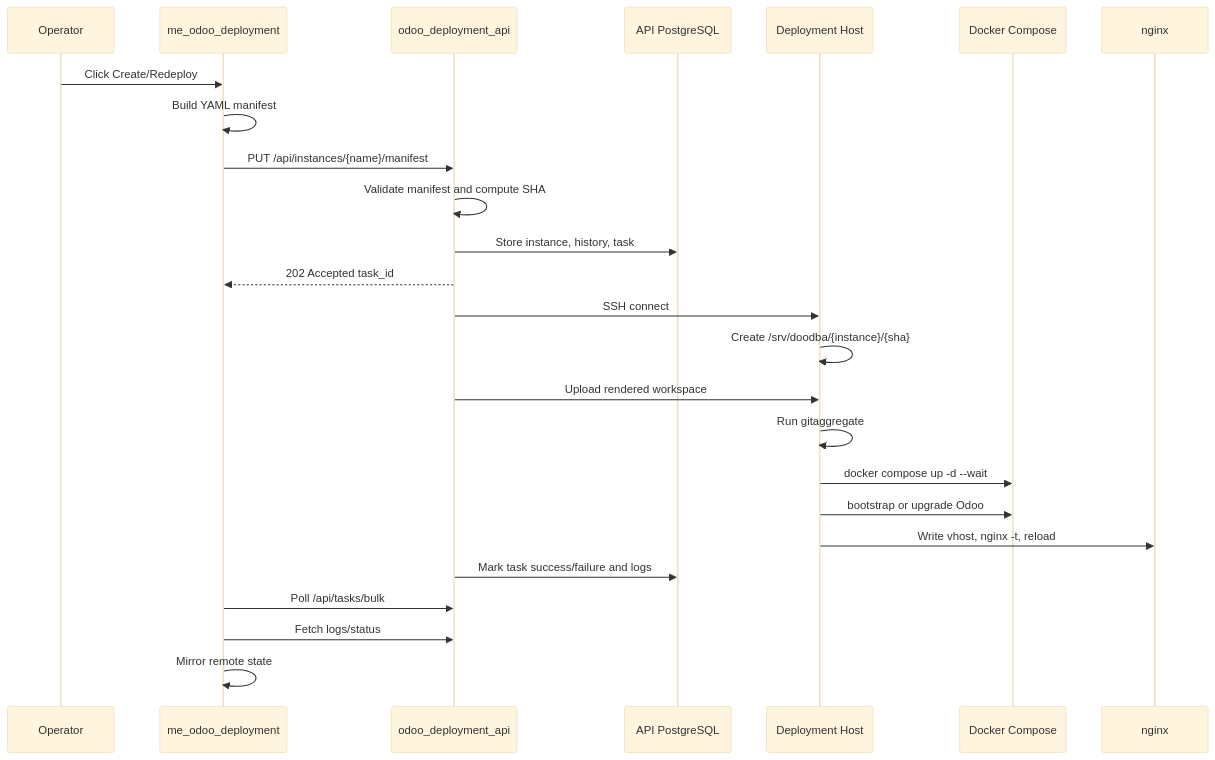
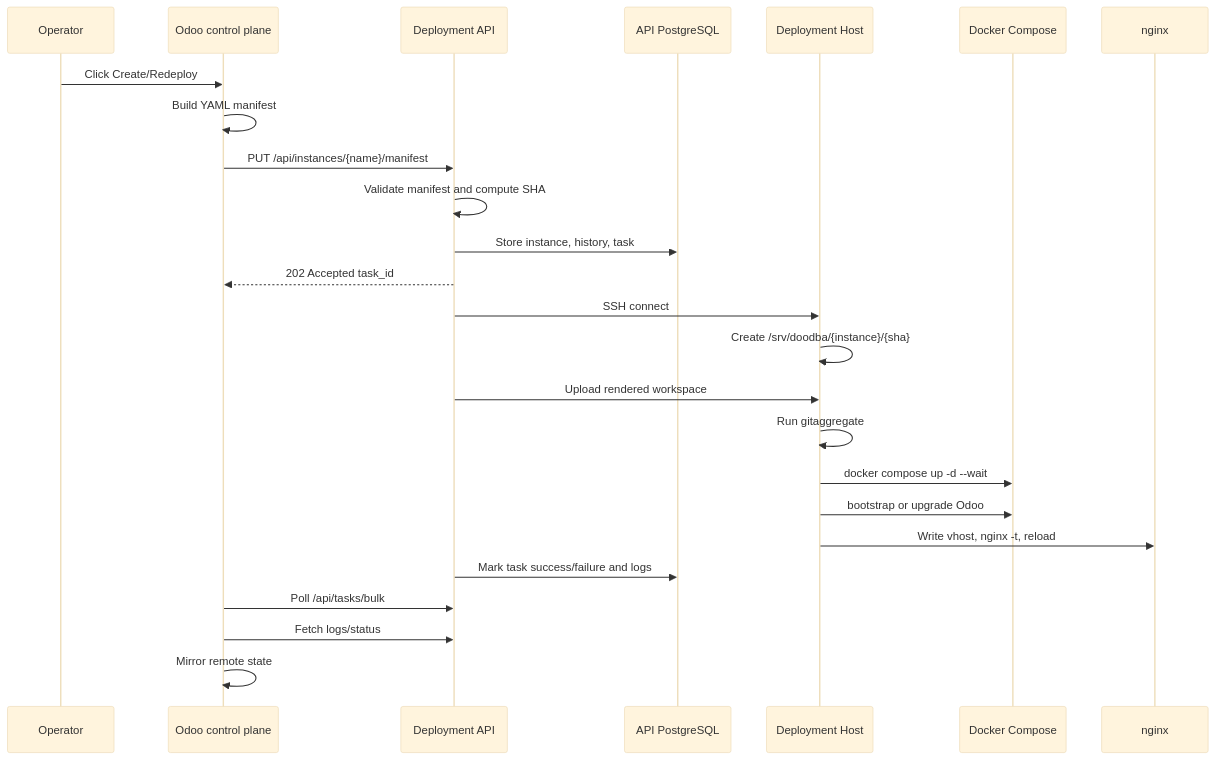
The diagram in diagrams/deployment-sequence.mmd (mart337i/deployment-api-showcase), drawn with Mermaid (base theme) before and after one commit. The commit also changed 11 other files, not shown here.

```diff
--- a/diagrams/deployment-sequence.mmd
+++ b/diagrams/deployment-sequence.mmd
@@ -1,26 +1,26 @@
 sequenceDiagram
     participant Operator
-    participant Odoo as me_odoo_deployment
-    participant API as odoo_deployment_api
+    participant Odoo as Odoo control plane
+    participant API as Deployment API
     participant DB as API PostgreSQL
     participant Host as Deployment Host
     participant Docker as Docker Compose
     participant Nginx as nginx
 
     Operator->>Odoo: Click Create/Redeploy
     Odoo->>Odoo: Build YAML manifest
     Odoo->>API: PUT /api/instances/{name}/manifest
     API->>API: Validate manifest and compute SHA
     API->>DB: Store instance, history, task
     API-->>Odoo: 202 Accepted task_id
     API->>Host: SSH connect
     Host->>Host: Create /srv/doodba/{instance}/{sha}
     API->>Host: Upload rendered workspace
     Host->>Host: Run gitaggregate
     Host->>Docker: docker compose up -d --wait
     Host->>Docker: bootstrap or upgrade Odoo
     Host->>Nginx: Write vhost, nginx -t, reload
     API->>DB: Mark task success/failure and logs
     Odoo->>API: Poll /api/tasks/bulk
     Odoo->>API: Fetch logs/status
     Odoo->>Odoo: Mirror remote state
```
